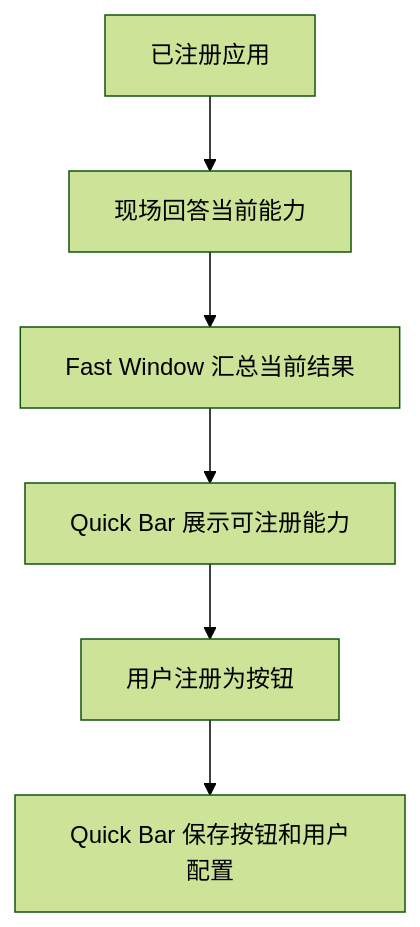
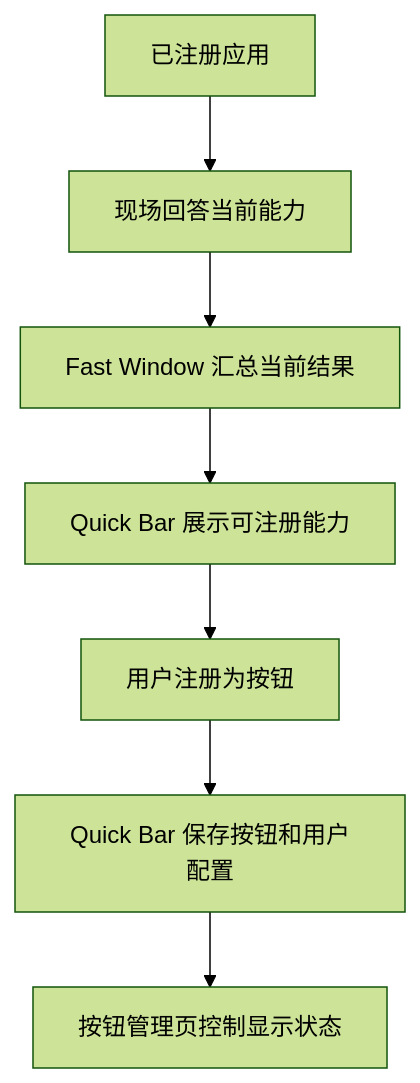
One commit to noelle-silva/fast-window changed the second of 2 diagrams in apps/quick-bar/README.md. Above: the diagram before and after it, drawn with Mermaid (forest theme). The commit also changed other lines of this file and 21 other files, not shown here.

````diff
--- a/apps/quick-bar/README.md
+++ b/apps/quick-bar/README.md
@@ -34,8 +41,9 @@
 ```mermaid
 flowchart TD
   A[已注册应用] --> B[现场回答当前能力]
   B --> C[Fast Window 汇总当前结果]
   C --> D[Quick Bar 展示可注册能力]
   D --> E[用户注册为按钮]
   E --> F[Quick Bar 保存按钮和用户配置]
+  F --> G[按钮管理页控制显示状态]
 ```
````
